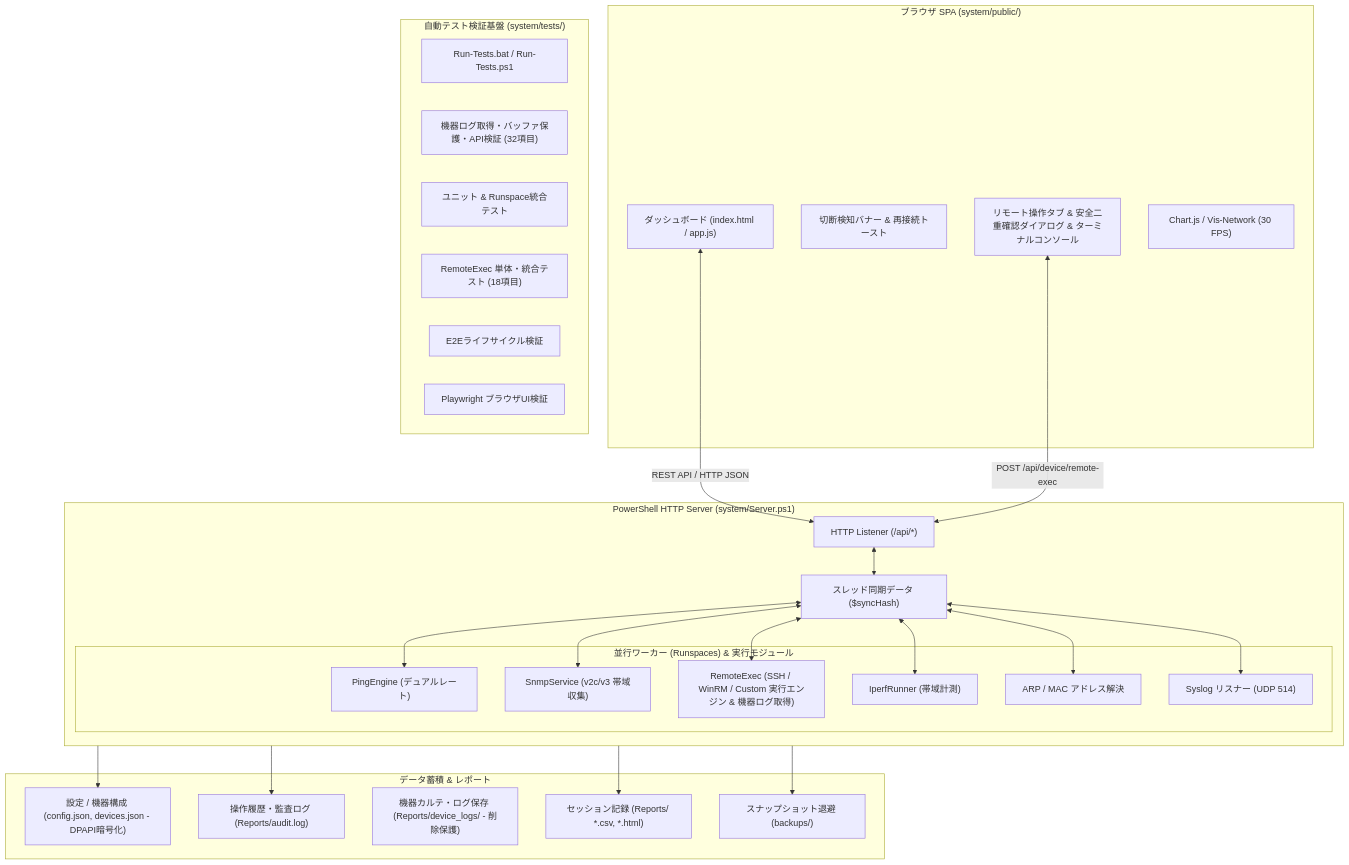
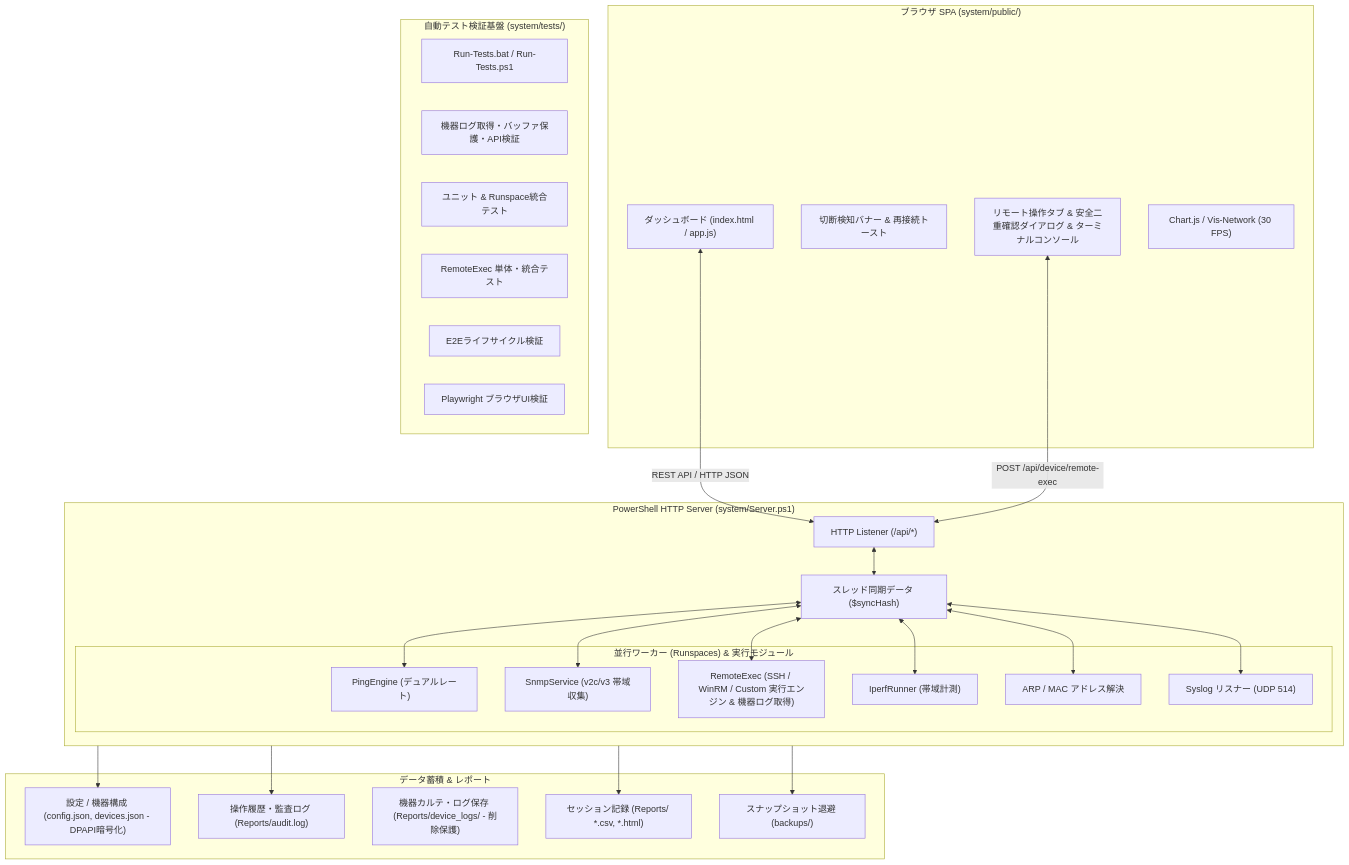
The diagram in README.md (Shuntaro1996/network-device-monitor), drawn with Mermaid before and after one commit. The commit also changed other lines of this file and 3 other files, not shown here.

````diff
--- a/README.md
+++ b/README.md
@@ -43,54 +43,54 @@
 ```mermaid
 graph TD
     subgraph Client["ブラウザ SPA (system/public/)"]
         UI["ダッシュボード (index.html / app.js)"]
         Banner["切断検知バナー & 再接続トースト"]
         RemoteUI["リモート操作タブ & 安全二重確認ダイアログ & ターミナルコンソール"]
         Chart["Chart.js / Vis-Network (30 FPS)"]
     end
 
     subgraph Backend["PowerShell HTTP Server (system/Server.ps1)"]
         HTTP["HTTP Listener (/api/*)"]
         SyncHash["スレッド同期データ ($syncHash)"]
         
         subgraph Runspaces["並行ワーカー (Runspaces) & 実行モジュール"]
             PingRS["PingEngine (デュアルレート)"]
             SnmpRS["SnmpService (v2c/v3 帯域収集)"]
             RemoteRS["RemoteExec (SSH / WinRM / Custom 実行エンジン & 機器ログ取得)"]
             BwRS["IperfRunner (帯域計測)"]
             MacRS["ARP / MAC アドレス解決"]
             SyslogRS["Syslog リスナー (UDP 514)"]
         end
     end
 
     subgraph Storage["データ蓄積 & レポート"]
         Config["設定 / 機器構成 (config.json, devices.json - DPAPI暗号化)"]
         AuditLog["操作履歴・監査ログ (Reports/audit.log)"]
         DeviceLogs["機器カルテ・ログ保存 (Reports/device_logs/ - 削除保護)"]
         Reports["セッション記録 (Reports/ *.csv, *.html)"]
         Backups["スナップショット退避 (backups/)"]
     end
 
     subgraph TestSuite["自動テスト検証基盤 (system/tests/)"]
         TestRunner["Run-Tests.bat / Run-Tests.ps1"]
-        DeviceLogTests["機器ログ取得・バッファ保護・API検証 (32項目)"]
+        DeviceLogTests["機器ログ取得・バッファ保護・API検証"]
         PesterTests["ユニット & Runspace統合テスト"]
-        RemoteTests["RemoteExec 単体・統合テスト (18項目)"]
+        RemoteTests["RemoteExec 単体・統合テスト"]
         E2ETests["E2Eライフサイクル検証"]
         UITests["Playwright ブラウザUI検証"]
     end
 
     UI <-->|REST API / HTTP JSON| HTTP
     RemoteUI <-->|POST /api/device/remote-exec| HTTP
     HTTP <--> SyncHash
     SyncHash <--> PingRS
     SyncHash <--> SnmpRS
     SyncHash <--> RemoteRS
     SyncHash <--> BwRS
     SyncHash <--> MacRS
     SyncHash <--> SyslogRS
     Backend --> Config
     Backend --> AuditLog
     Backend --> Reports
     Backend --> Backups
 ```
````
